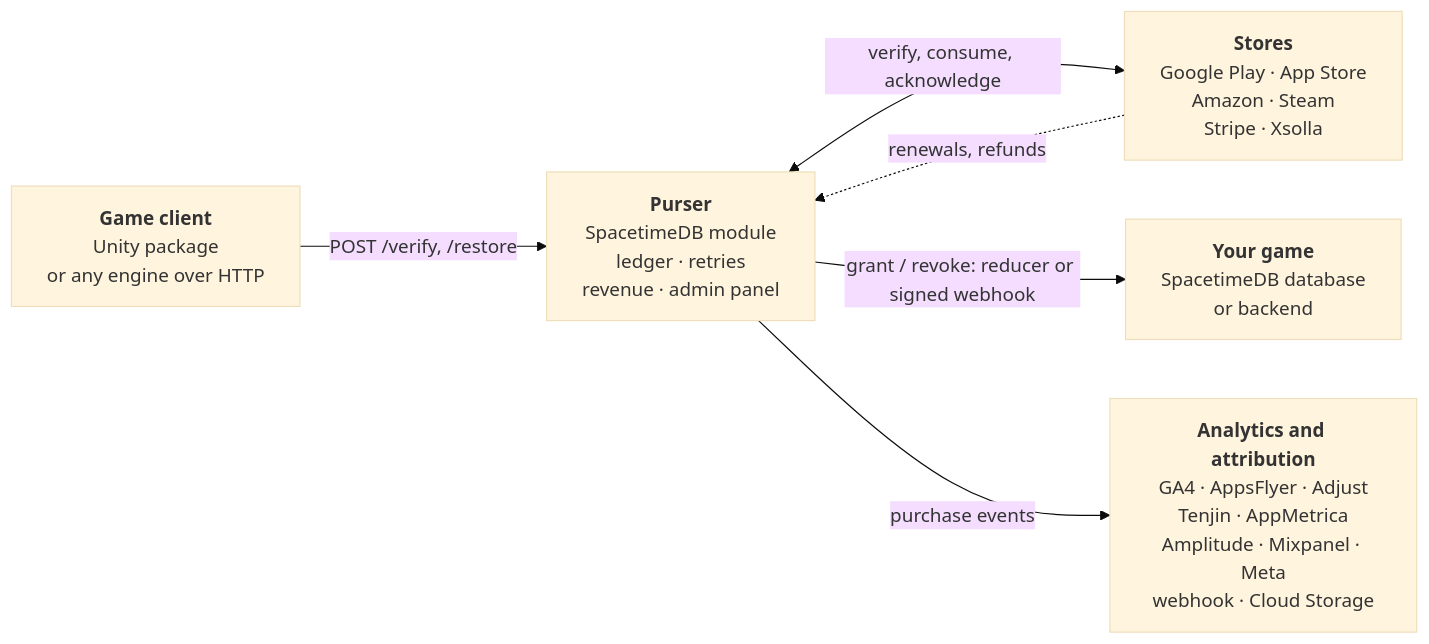
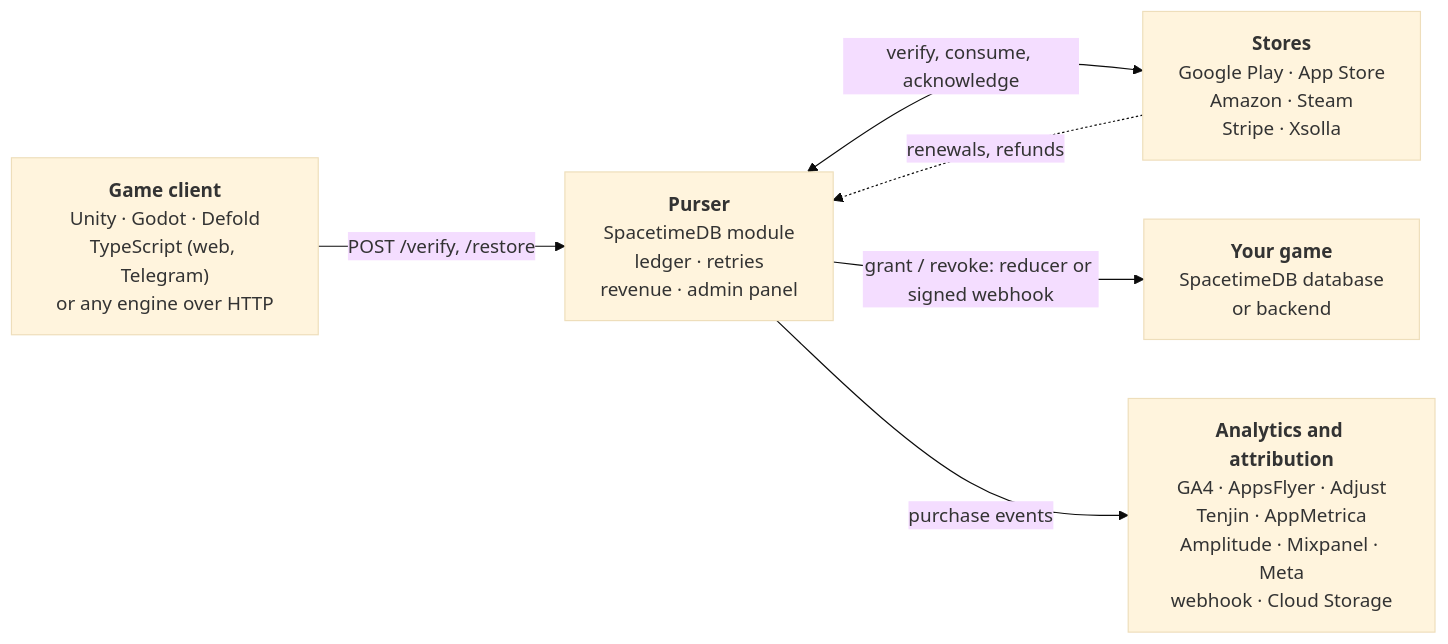
Before and after one commit to yevhenii-sir/purser: the diagram in README.md, drawn with Mermaid (base theme). The commit also changed other lines of this file and 32 other files, not shown here.

First line of the commit message:
Client SDKs for TypeScript, Godot and Defold

````diff
--- a/README.md
+++ b/README.md
@@ -12,14 +12,14 @@
 ```mermaid
 flowchart LR
-    client["<b>Game client</b><br/>Unity package<br/>or any engine over HTTP"]
+    client["<b>Game client</b><br/>Unity · Godot · Defold<br/>TypeScript (web, Telegram)<br/>or any engine over HTTP"]
     purser["<b>Purser</b><br/>SpacetimeDB module<br/>ledger · retries<br/>revenue · admin panel"]
     stores["<b>Stores</b><br/>Google Play · App Store<br/>Amazon · Steam<br/>Stripe · Xsolla"]
     game["<b>Your game</b><br/>SpacetimeDB database<br/>or backend"]
     tools["<b>Analytics and attribution</b><br/>GA4 · AppsFlyer · Adjust<br/>Tenjin · AppMetrica<br/>Amplitude · Mixpanel · Meta<br/>webhook · Cloud Storage"]
 
     client -->|"POST /verify, /restore"| purser
     purser <-->|"verify, consume, acknowledge"| stores
     stores -.->|"renewals, refunds"| purser
     purser -->|"grant / revoke: reducer or signed webhook"| game
     purser -->|"purchase events"| tools
 ```
````
